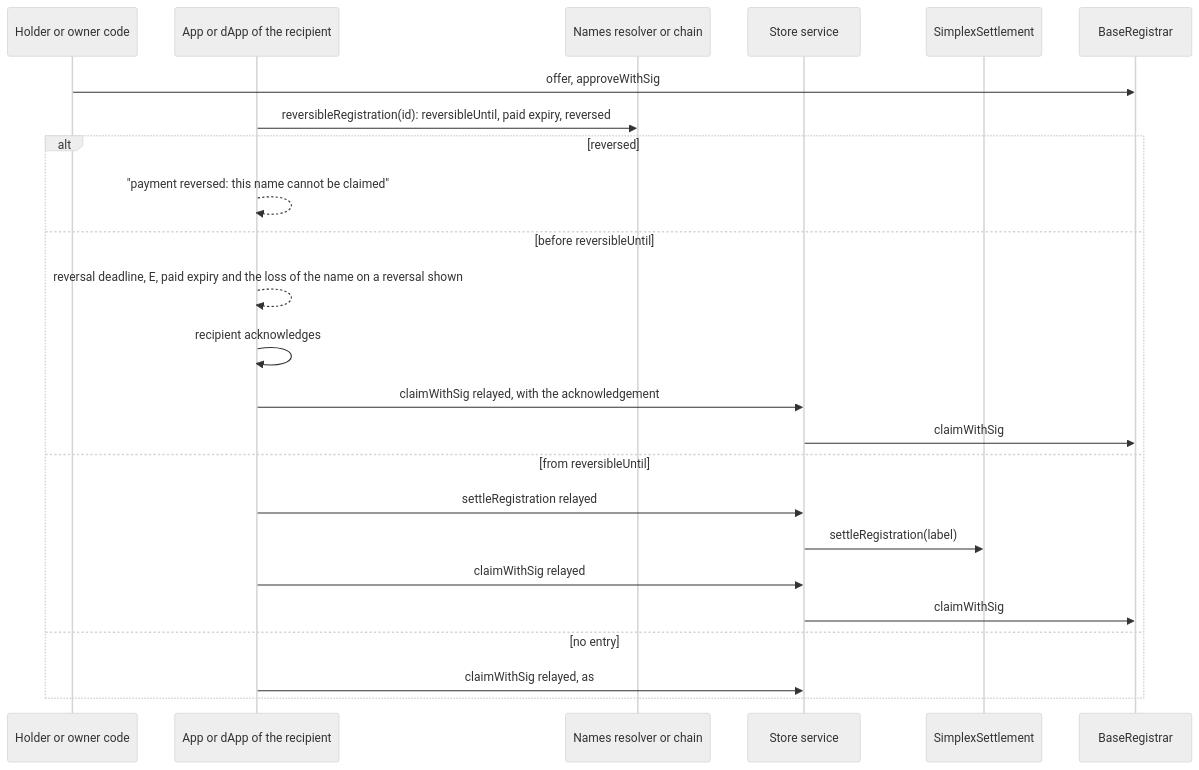
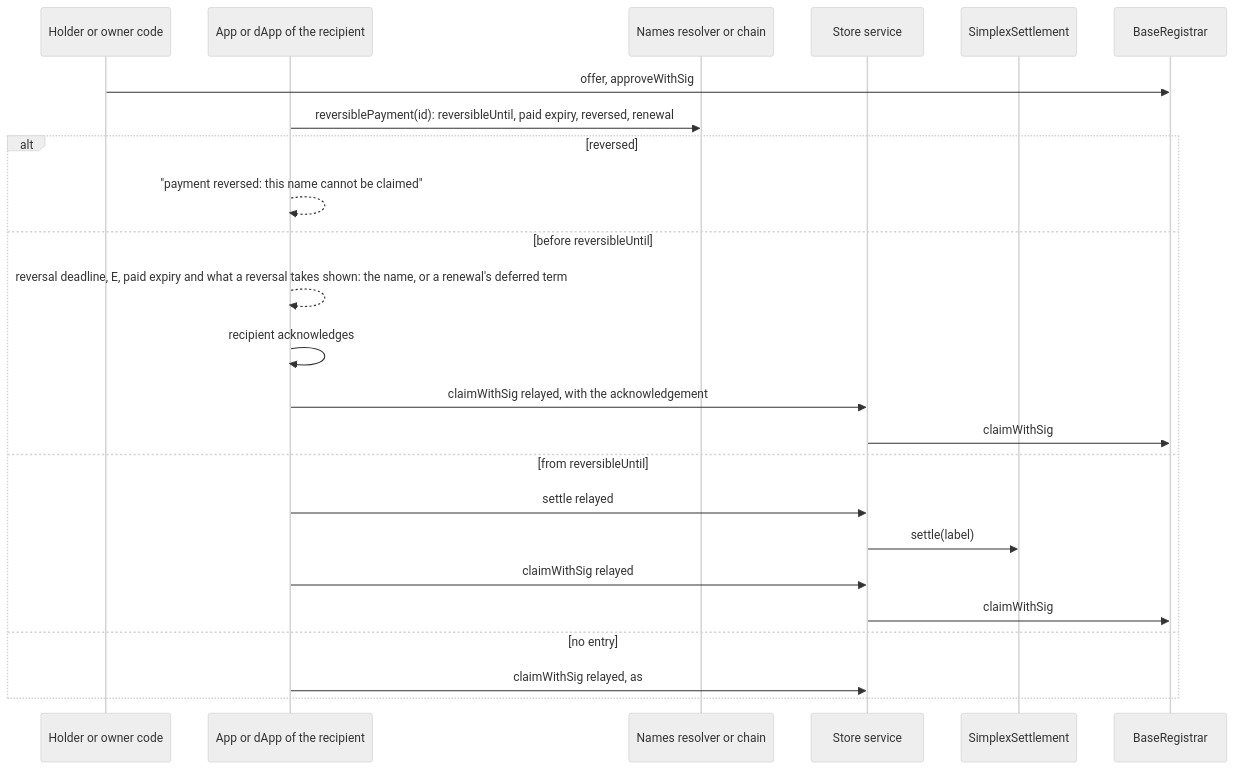
Before and after one commit to brenzi-agent/simplex-namespace-contract: the fourth of 8 diagrams in docs/plans/payment-reversal.md, drawn with Mermaid (neutral theme). The commit also changed other lines of this file, not shown here.

Commit message:
docs: reversible renewals and the owner's answers in the payment reversal plan

````diff
--- a/docs/plans/payment-reversal.md
+++ b/docs/plans/payment-reversal.md
@@ -197,26 +274,26 @@
 ```mermaid
 sequenceDiagram
   participant H as Holder or owner code
   participant Cl as App or dApp of the recipient
   participant Rs as Names resolver or chain
   participant S as Store service
   participant St as SimplexSettlement
   participant R as BaseRegistrar
   H->>R: offer, approveWithSig
-  Cl->>Rs: reversibleRegistration(id): reversibleUntil, paid expiry, reversed
+  Cl->>Rs: reversiblePayment(id): reversibleUntil, paid expiry, reversed, renewal
   alt reversed
     Cl-->>Cl: "payment reversed: this name cannot be claimed"
   else before reversibleUntil
-    Cl-->>Cl: reversal deadline, E, paid expiry and the loss of the name on a reversal shown
+    Cl-->>Cl: reversal deadline, E, paid expiry and what a reversal takes shown: the name, or a renewal's deferred term
     Cl->>Cl: recipient acknowledges
     Cl->>S: claimWithSig relayed, with the acknowledgement
     S->>R: claimWithSig
   else from reversibleUntil
-    Cl->>S: settleRegistration relayed
-    S->>St: settleRegistration(label)
+    Cl->>S: settle relayed
+    S->>St: settle(label)
     Cl->>S: claimWithSig relayed
     S->>R: claimWithSig
   else no entry
     Cl->>S: claimWithSig relayed, as #49
   end
 ```
````
